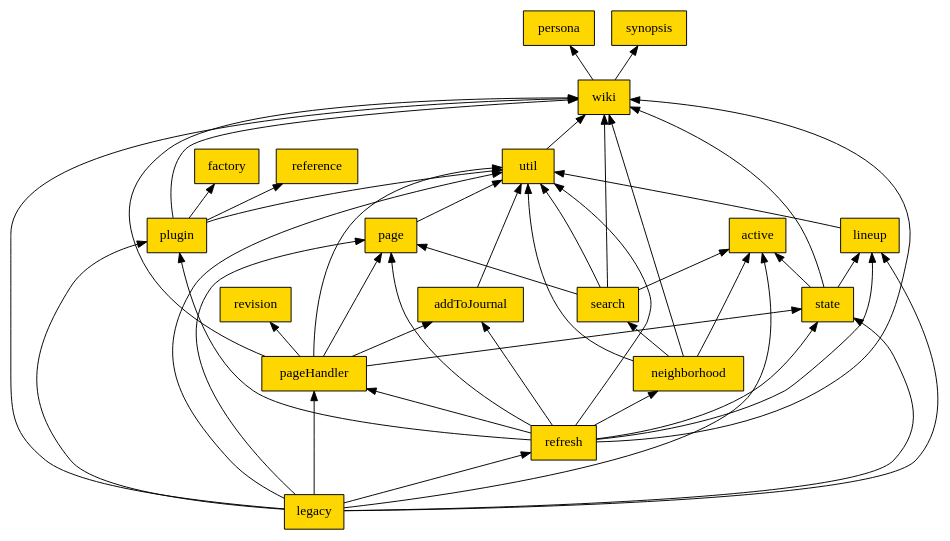
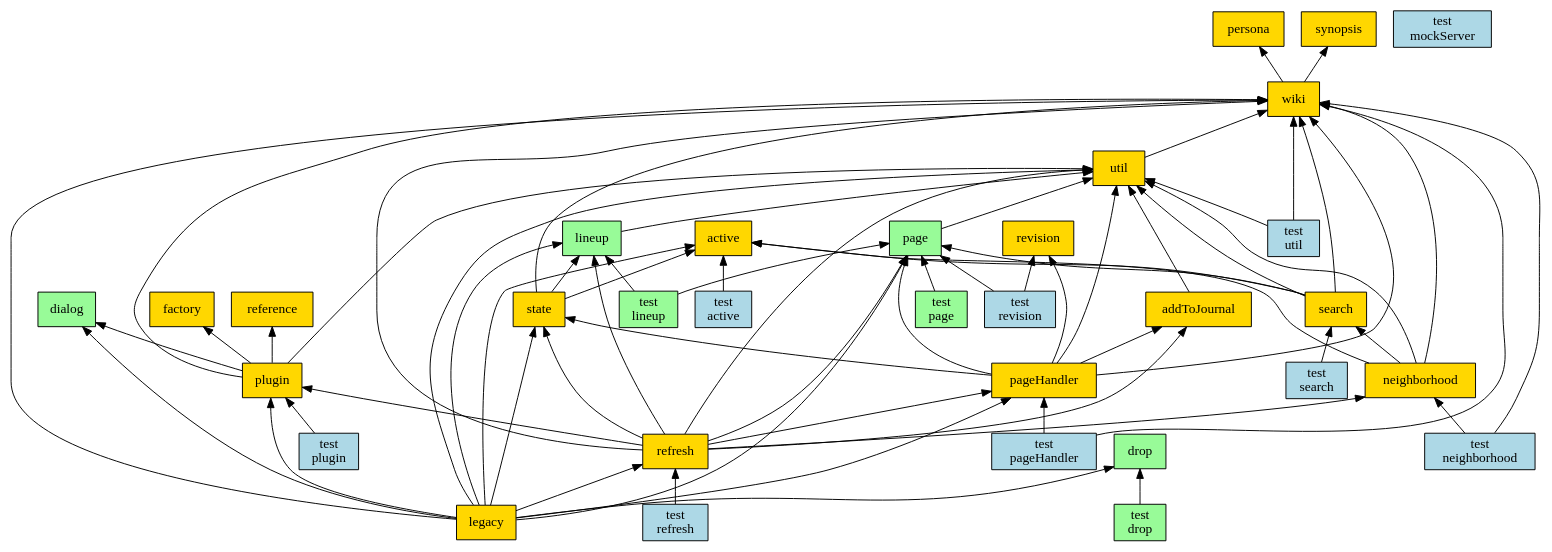
Before and after one commit to fedwiki/wiki-client: the diagram in scripts/requires-graph.dot, drawn with Graphviz. The commit also changed 1 other file, not shown here.

Commit message:
include tests in dependency graph

```diff
--- a/scripts/requires-graph.dot
+++ b/scripts/requires-graph.dot
@@ -1,83 +1,130 @@
 digraph { node [style=filled shape=box];
 
 active [fillcolor=gold];
 
 addToJournal [fillcolor=gold];
 util -> addToJournal [dir=back];
+
+dialog [fillcolor=paleGreen];
+
+drop [fillcolor=paleGreen];
 
 factory [fillcolor=gold];
 
 legacy [fillcolor=gold];
 wiki -> legacy [dir=back];
 util -> legacy [dir=back];
 pageHandler -> legacy [dir=back];
 plugin -> legacy [dir=back];
 state -> legacy [dir=back];
 active -> legacy [dir=back];
 refresh -> legacy [dir=back];
 page -> legacy [dir=back];
 lineup -> legacy [dir=back];
+drop -> legacy [dir=back];
+dialog -> legacy [dir=back];
 
-lineup [fillcolor=gold];
+lineup [fillcolor=paleGreen];
 util -> lineup [dir=back];
 
 neighborhood [fillcolor=gold];
 wiki -> neighborhood [dir=back];
 active -> neighborhood [dir=back];
 util -> neighborhood [dir=back];
 search -> neighborhood [dir=back];
 
-page [fillcolor=gold];
+page [fillcolor=paleGreen];
 util -> page [dir=back];
 
 pageHandler [fillcolor=gold];
 wiki -> pageHandler [dir=back];
 util -> pageHandler [dir=back];
 state -> pageHandler [dir=back];
 revision -> pageHandler [dir=back];
 addToJournal -> pageHandler [dir=back];
 page -> pageHandler [dir=back];
 
 persona [fillcolor=gold];
 
 plugin [fillcolor=gold];
 util -> plugin [dir=back];
 wiki -> plugin [dir=back];
+dialog -> plugin [dir=back];
 reference -> plugin [dir=back];
 factory -> plugin [dir=back];
 
 reference [fillcolor=gold];
 
 refresh [fillcolor=gold];
 util -> refresh [dir=back];
 pageHandler -> refresh [dir=back];
 page -> refresh [dir=back];
 plugin -> refresh [dir=back];
 state -> refresh [dir=back];
 neighborhood -> refresh [dir=back];
 addToJournal -> refresh [dir=back];
 wiki -> refresh [dir=back];
 lineup -> refresh [dir=back];
 
 revision [fillcolor=gold];
 
 search [fillcolor=gold];
 wiki -> search [dir=back];
 util -> search [dir=back];
 active -> search [dir=back];
 page -> search [dir=back];
 
 state [fillcolor=gold];
 wiki -> state [dir=back];
 active -> state [dir=back];
 lineup -> state [dir=back];
 
 synopsis [fillcolor=gold];
 
 util [fillcolor=gold];
 wiki -> util [dir=back];
 
 wiki [fillcolor=gold];
 synopsis -> wiki [dir=back];
 persona -> wiki [dir=back];
+
+"test\nactive" [fillcolor=lightBlue];
+active -> "test\nactive" [dir=back];
+
+"test\ndrop" [fillcolor=paleGreen];
+drop -> "test\ndrop" [dir=back];
+
+"test\nlineup" [fillcolor=paleGreen];
+lineup -> "test\nlineup" [dir=back];
+page -> "test\nlineup" [dir=back];
+
+"test\nmockServer" [fillcolor=lightBlue];
+
+"test\nneighborhood" [fillcolor=lightBlue];
+wiki -> "test\nneighborhood" [dir=back];
+neighborhood -> "test\nneighborhood" [dir=back];
+
+"test\npage" [fillcolor=paleGreen];
+page -> "test\npage" [dir=back];
+
+"test\npageHandler" [fillcolor=lightBlue];
+wiki -> "test\npageHandler" [dir=back];
+pageHandler -> "test\npageHandler" [dir=back];
+
+"test\nplugin" [fillcolor=lightBlue];
+plugin -> "test\nplugin" [dir=back];
+
+"test\nrefresh" [fillcolor=lightBlue];
+refresh -> "test\nrefresh" [dir=back];
+
+"test\nrevision" [fillcolor=lightBlue];
+page -> "test\nrevision" [dir=back];
+revision -> "test\nrevision" [dir=back];
+
+"test\nsearch" [fillcolor=lightBlue];
+search -> "test\nsearch" [dir=back];
+
+"test\nutil" [fillcolor=lightBlue];
+wiki -> "test\nutil" [dir=back];
+util -> "test\nutil" [dir=back];
 }
```
